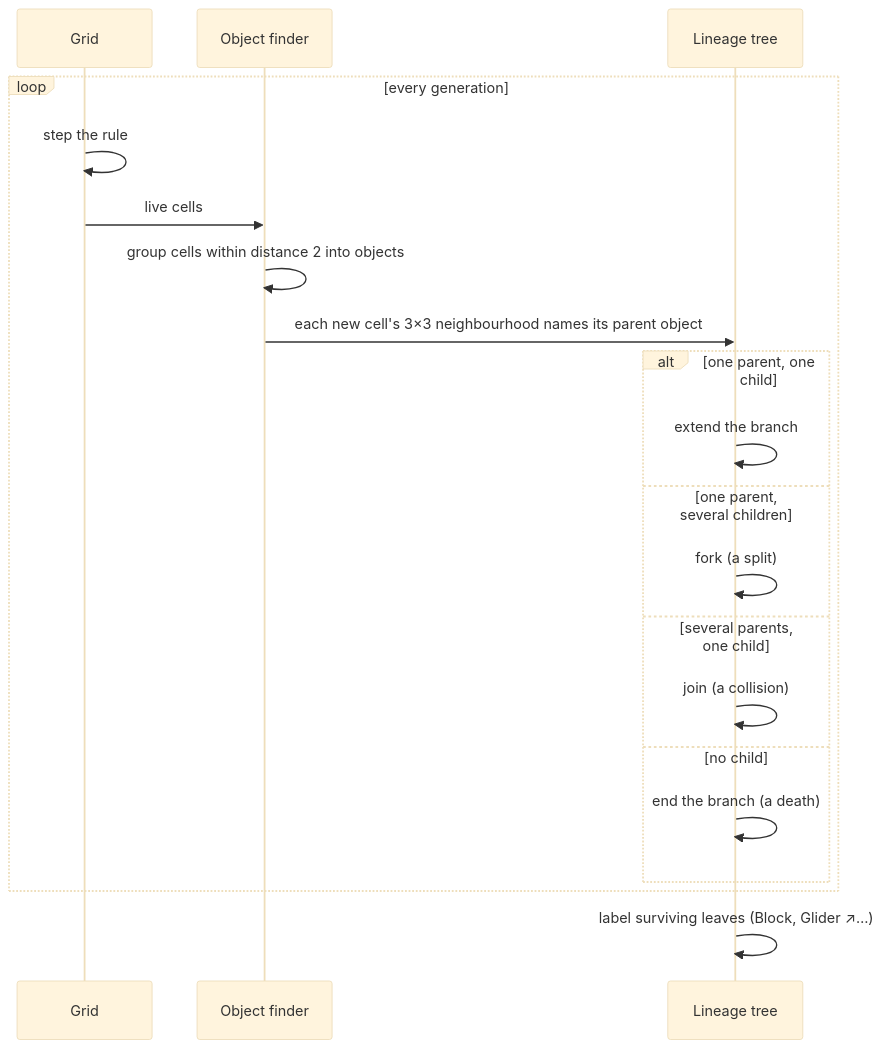
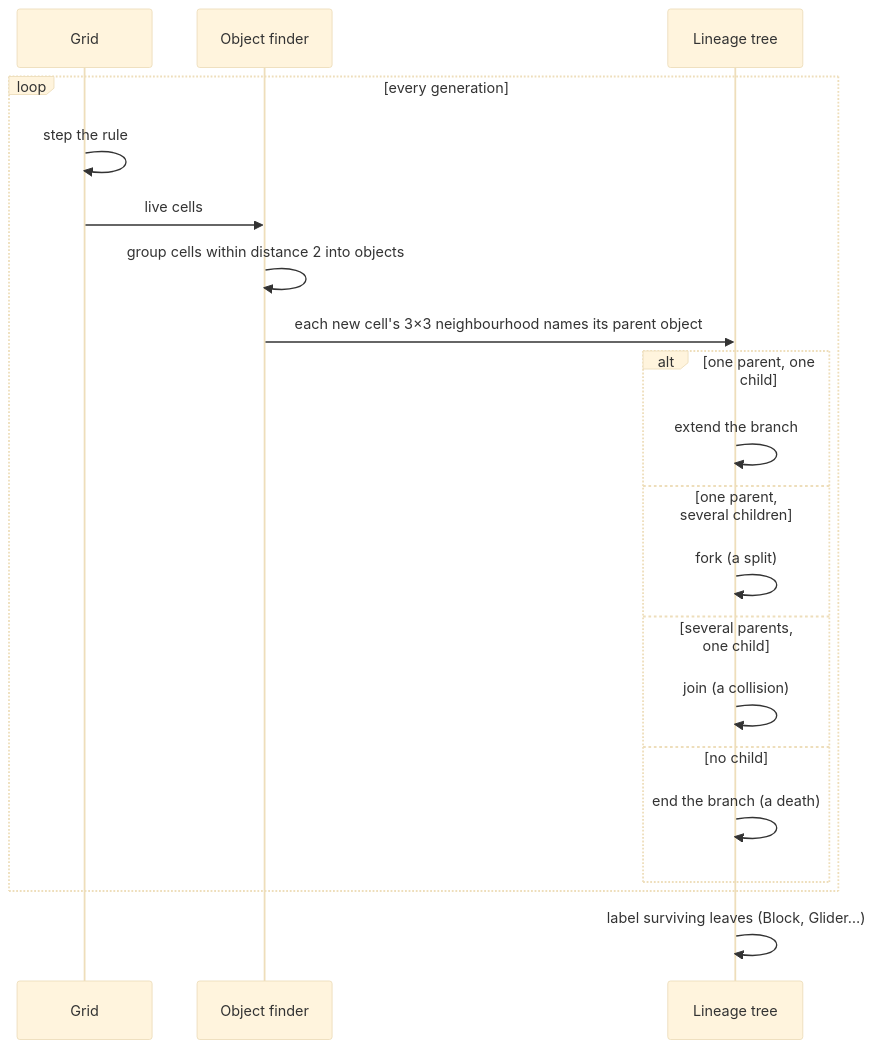
One commit to Normansrule/game-of-life changed the fourth of 4 diagrams in README.md. Above: the diagram before and after it, drawn with Mermaid (base theme). The commit also changed other lines of this file and 76 other files, not shown here.

````diff
--- a/README.md
+++ b/README.md
@@ -307,22 +335,22 @@
 ```mermaid
 sequenceDiagram
   participant G as Grid
   participant O as Object finder
   participant T as Lineage tree
   loop every generation
     G->>G: step the rule
     G->>O: live cells
     O->>O: group cells within distance 2 into objects
     O->>T: each new cell's 3×3 neighbourhood names its parent object
     alt one parent, one child
       T->>T: extend the branch
     else one parent, several children
       T->>T: fork (a split)
     else several parents, one child
       T->>T: join (a collision)
     else no child
       T->>T: end the branch (a death)
     end
   end
-  T->>T: label surviving leaves (Block, Glider ↗…)
+  T->>T: label surviving leaves (Block, Glider…)
 ```
````
